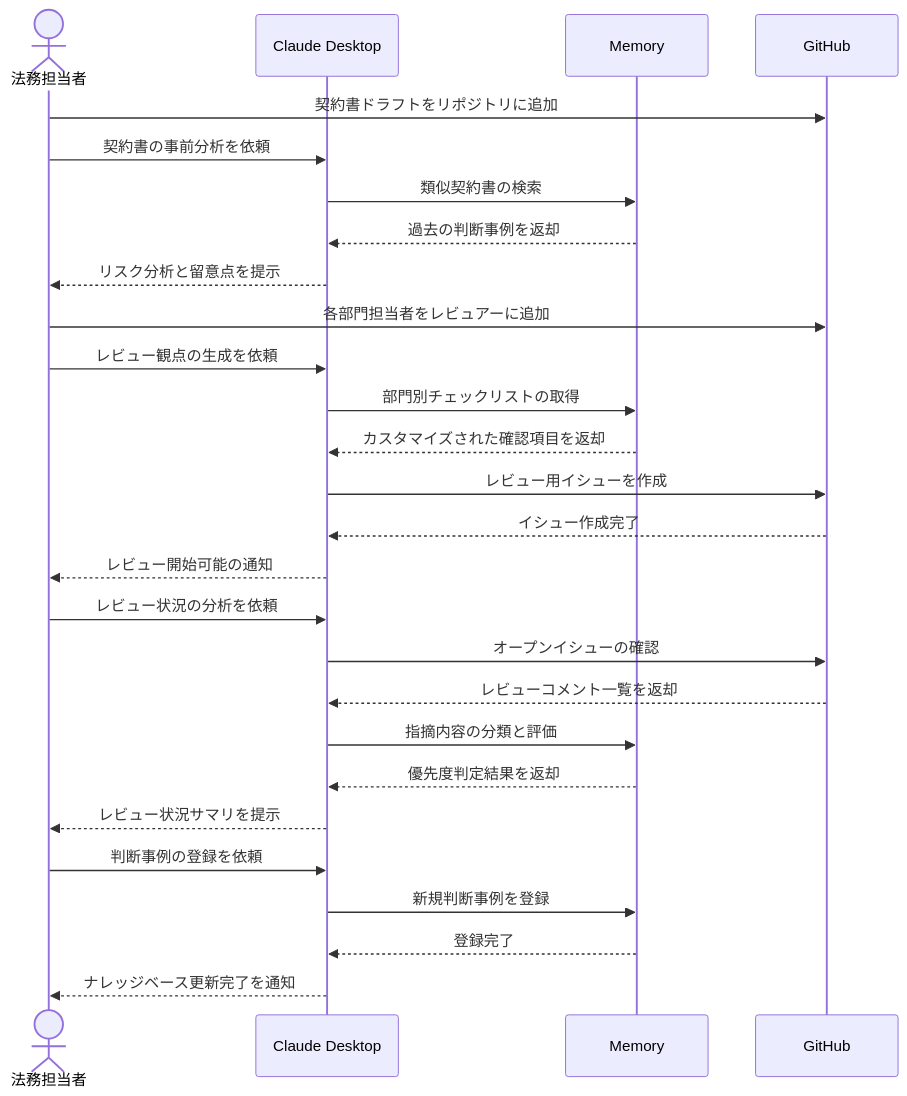
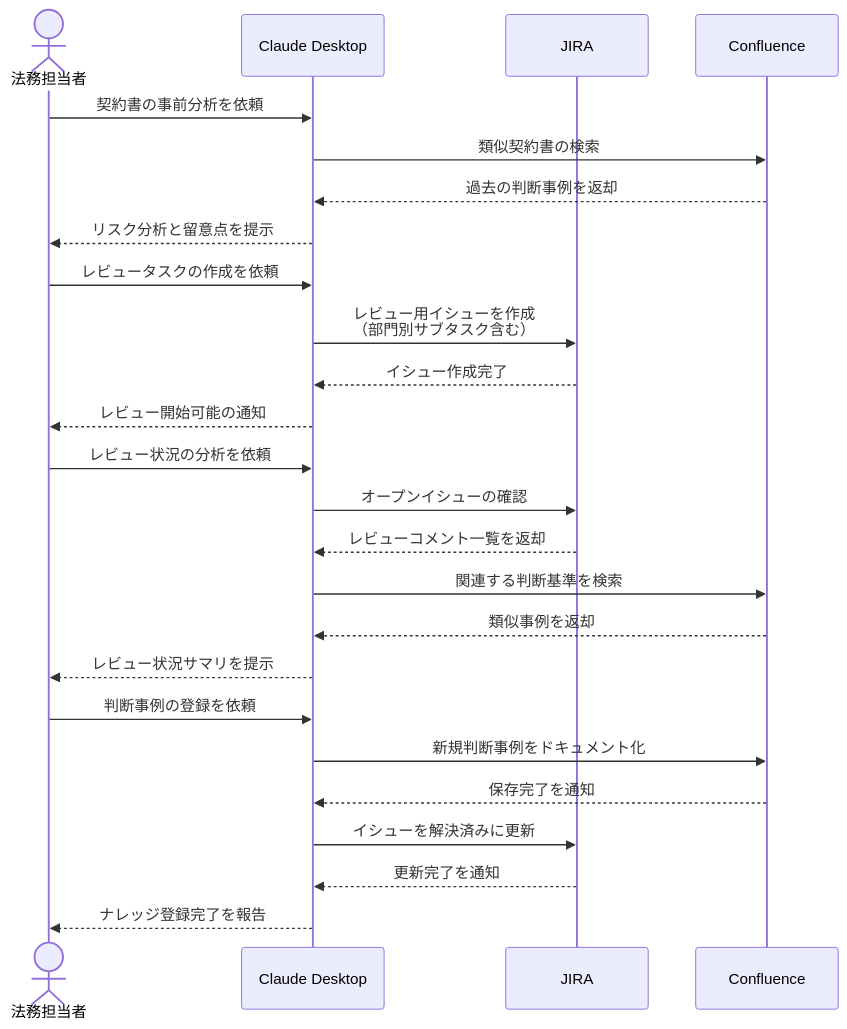
One commit to po-shu/mcp-100-ideas changed the diagram in docs/03_プロジェクト/契約書の法務確認業務を効率化する.md. Above: the diagram before and after it, drawn with Mermaid. The commit also changed other lines of this file and 7 other files, not shown here.

````diff
--- a/docs/03_プロジェクト/契約書の法務確認業務を効率化する.md
+++ b/docs/03_プロジェクト/契約書の法務確認業務を効率化する.md
@@ -17,33 +17,31 @@
 ```mermaid
 sequenceDiagram
     actor Legal as 法務担当者
     participant Claude as Claude Desktop
-    participant Memory
-    participant GH as GitHub
+    participant JIRA
+    participant Conf as Confluence
 
-    Legal->>GH: 契約書ドラフトをリポジトリに追加
     Legal->>Claude: 契約書の事前分析を依頼
-    Claude->>Memory: 類似契約書の検索
-    Memory-->>Claude: 過去の判断事例を返却
+    Claude->>Conf: 類似契約書の検索
+    Conf-->>Claude: 過去の判断事例を返却
     Claude-->>Legal: リスク分析と留意点を提示
     
-    Legal->>GH: 各部門担当者をレビュアーに追加
-    Legal->>Claude: レビュー観点の生成を依頼
-    Claude->>Memory: 部門別チェックリストの取得
-    Memory-->>Claude: カスタマイズされた確認項目を返却
-    Claude->>GH: レビュー用イシューを作成
-    GH-->>Claude: イシュー作成完了
+    Legal->>Claude: レビュータスクの作成を依頼
+    Claude->>JIRA: レビュー用イシューを作成<br>（部門別サブタスク含む）
+    JIRA-->>Claude: イシュー作成完了
     Claude-->>Legal: レビュー開始可能の通知
     
     Legal->>Claude: レビュー状況の分析を依頼
-    Claude->>GH: オープンイシューの確認
-    GH-->>Claude: レビューコメント一覧を返却
-    Claude->>Memory: 指摘内容の分類と評価
-    Memory-->>Claude: 優先度判定結果を返却
+    Claude->>JIRA: オープンイシューの確認
+    JIRA-->>Claude: レビューコメント一覧を返却
+    Claude->>Conf: 関連する判断基準を検索
+    Conf-->>Claude: 類似事例を返却
     Claude-->>Legal: レビュー状況サマリを提示
     
     Legal->>Claude: 判断事例の登録を依頼
-    Claude->>Memory: 新規判断事例を登録
-    Memory-->>Claude: 登録完了
-    Claude-->>Legal: ナレッジベース更新完了を通知
+    Claude->>Conf: 新規判断事例をドキュメント化
+    Conf-->>Claude: 保存完了を通知
+    Claude->>JIRA: イシューを解決済みに更新
+    JIRA-->>Claude: 更新完了を通知
+    Claude-->>Legal: ナレッジ登録完了を報告
 ```
````
